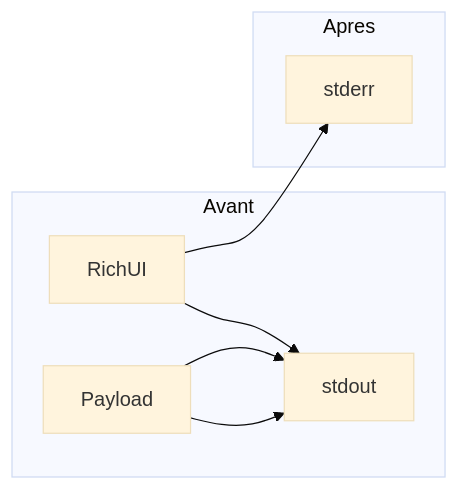
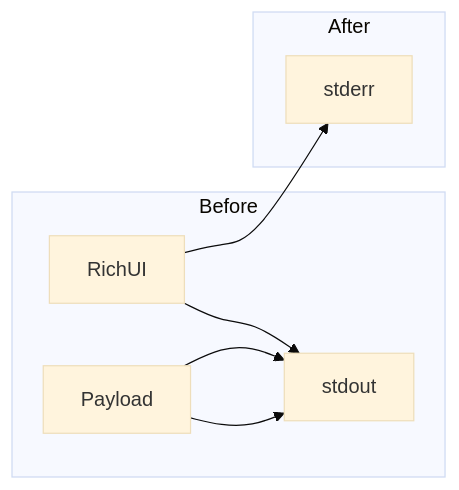
One commit to DamienBecherini/AIContextCraft changed the diagram in docs/plans/2026_05_17_22:51_feature__docs-c4-ai-context-craft_hotfix-stdout-stderr.plan.md. Above: the diagram before and after it, drawn with Mermaid (base theme). The commit also changed other lines of this file and 20 other files, not shown here.

````diff
--- a/docs/plans/2026_05_17_22:51_feature__docs-c4-ai-context-craft_hotfix-stdout-stderr.plan.md
+++ b/docs/plans/2026_05_17_22:51_feature__docs-c4-ai-context-craft_hotfix-stdout-stderr.plan.md
@@ -33,11 +33,11 @@
 ```mermaid
 flowchart LR
-  subgraph before [Avant]
+  subgraph before [Before]
     RichUI --> stdout
     Payload --> stdout
   end
-  subgraph after [Apres]
+  subgraph after [After]
     RichUI --> stderr
     Payload --> stdout
   end
 ```
````
